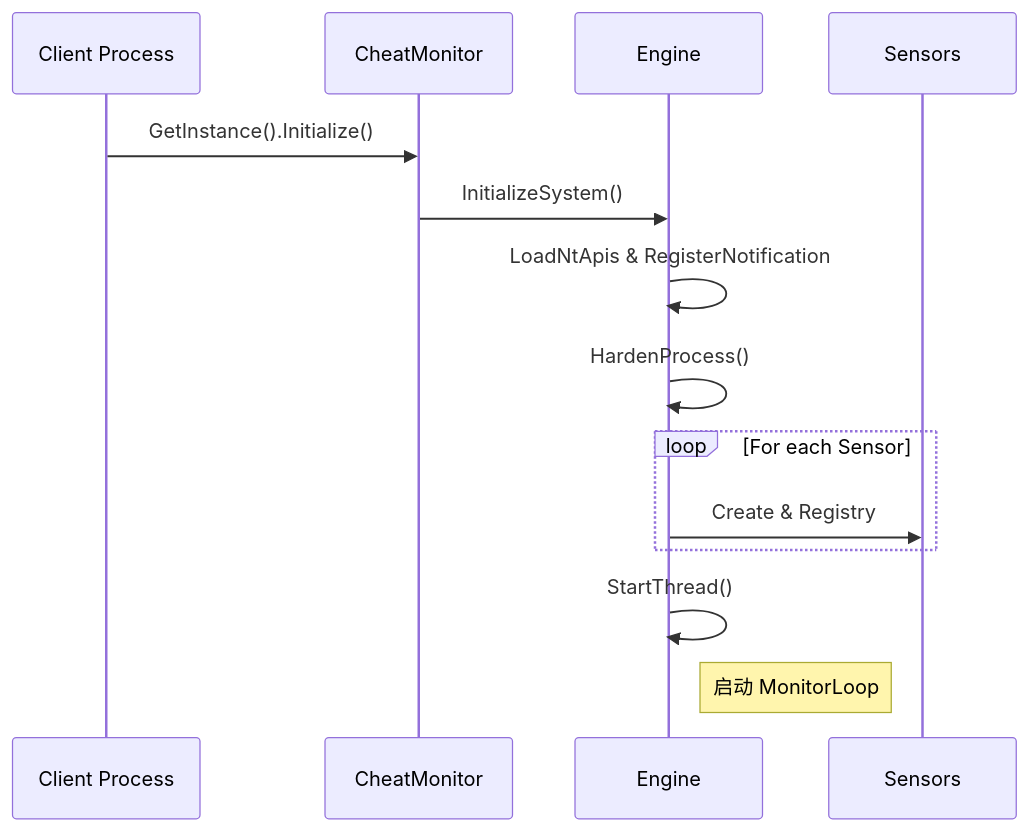
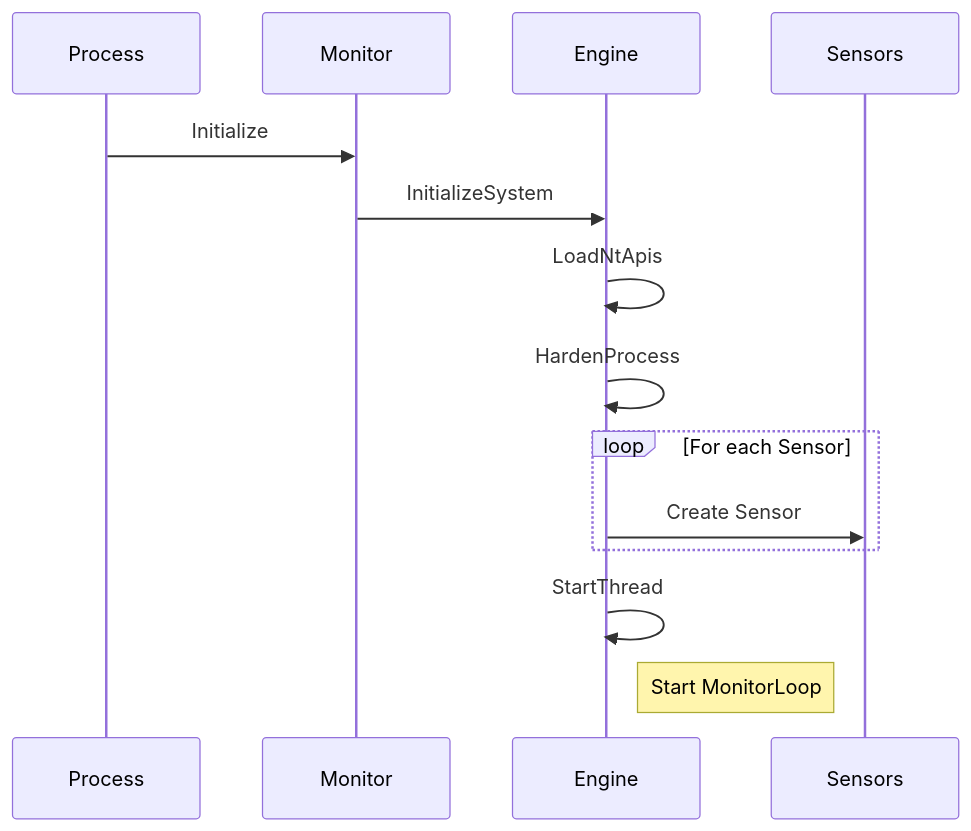
The second of 4 diagrams in docs/presentation_outline.md (williammuji/AntiCheat), drawn with Mermaid before and after one commit. The commit also changed other lines of this file, not shown here.

````diff
--- a/docs/presentation_outline.md
+++ b/docs/presentation_outline.md
@@ -95,16 +101,16 @@
 ```mermaid
 sequenceDiagram
-    participant P as Client Process
-    participant M as CheatMonitor
+    participant P as Process
+    participant M as Monitor
     participant E as Engine
     participant S as Sensors
-    P->>M: GetInstance().Initialize()
-    M->>E: InitializeSystem()
-    E->>E: LoadNtApis & RegisterNotification
-    E->>E: HardenProcess()
+    P->>M: Initialize
+    M->>E: InitializeSystem
+    E->>E: LoadNtApis
+    E->>E: HardenProcess
     loop For each Sensor
-        E->>S: Create & Registry
+        E->>S: Create Sensor
     end
-    E->>E: StartThread()
-    Note right of E: 启动 MonitorLoop
+    E->>E: StartThread
+    Note right of E: Start MonitorLoop
 ```
````
